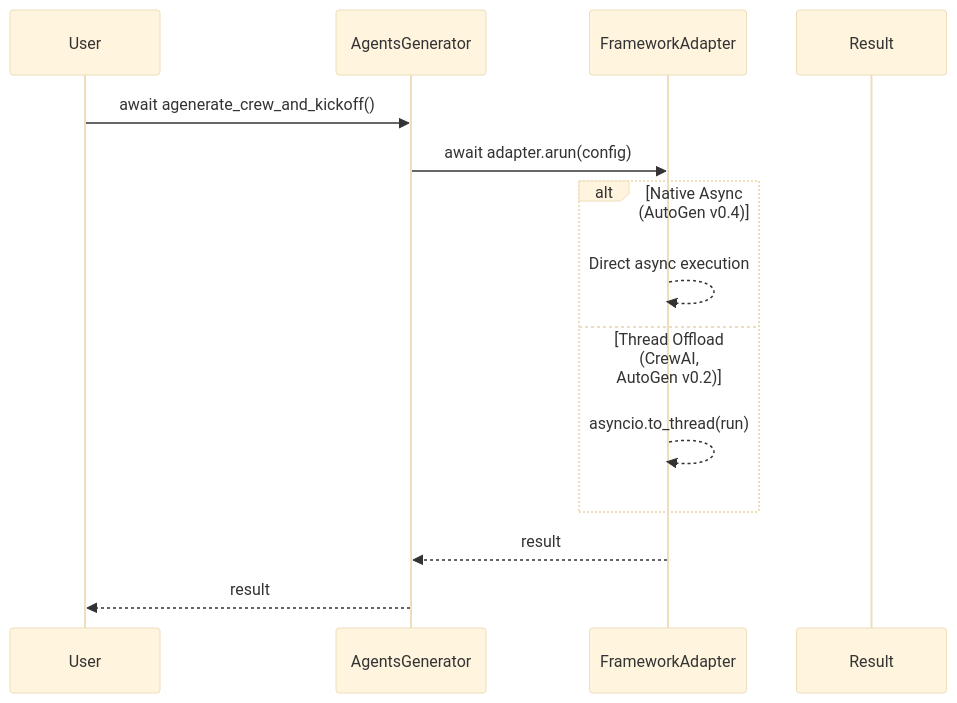
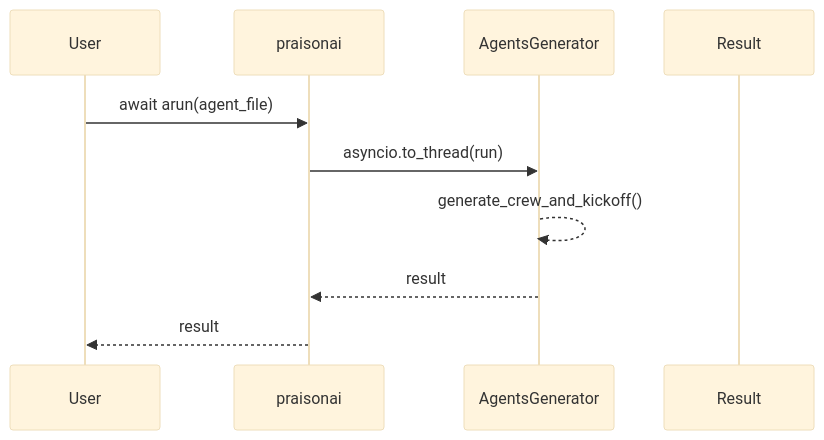
One commit to MervinPraison/PraisonAIDocs changed the second of 3 diagrams in docs/features/async-crew-kickoff.mdx. Above: the diagram before and after it, drawn with Mermaid (base theme). The commit also changed other lines of this file and 4 other files, not shown here.

````diff
--- a/docs/features/async-crew-kickoff.mdx
+++ b/docs/features/async-crew-kickoff.mdx
@@ -66,17 +64,13 @@
 ```mermaid
 sequenceDiagram
     participant User
+    participant praisonai
     participant AgentsGenerator
-    participant FrameworkAdapter
     participant Result
     
-    User->>AgentsGenerator: await agenerate_crew_and_kickoff()
-    AgentsGenerator->>FrameworkAdapter: await adapter.arun(config)
-    alt Native Async (AutoGen v0.4)
-        FrameworkAdapter-->>FrameworkAdapter: Direct async execution
-    else Thread Offload (CrewAI, AutoGen v0.2)
-        FrameworkAdapter-->>FrameworkAdapter: asyncio.to_thread(run)
-    end
-    FrameworkAdapter-->>AgentsGenerator: result
-    AgentsGenerator-->>User: result
+    User->>praisonai: await arun(agent_file)
+    praisonai->>AgentsGenerator: asyncio.to_thread(run)
+    AgentsGenerator-->>AgentsGenerator: generate_crew_and_kickoff()
+    AgentsGenerator-->>praisonai: result
+    praisonai-->>User: result
 ```
````
